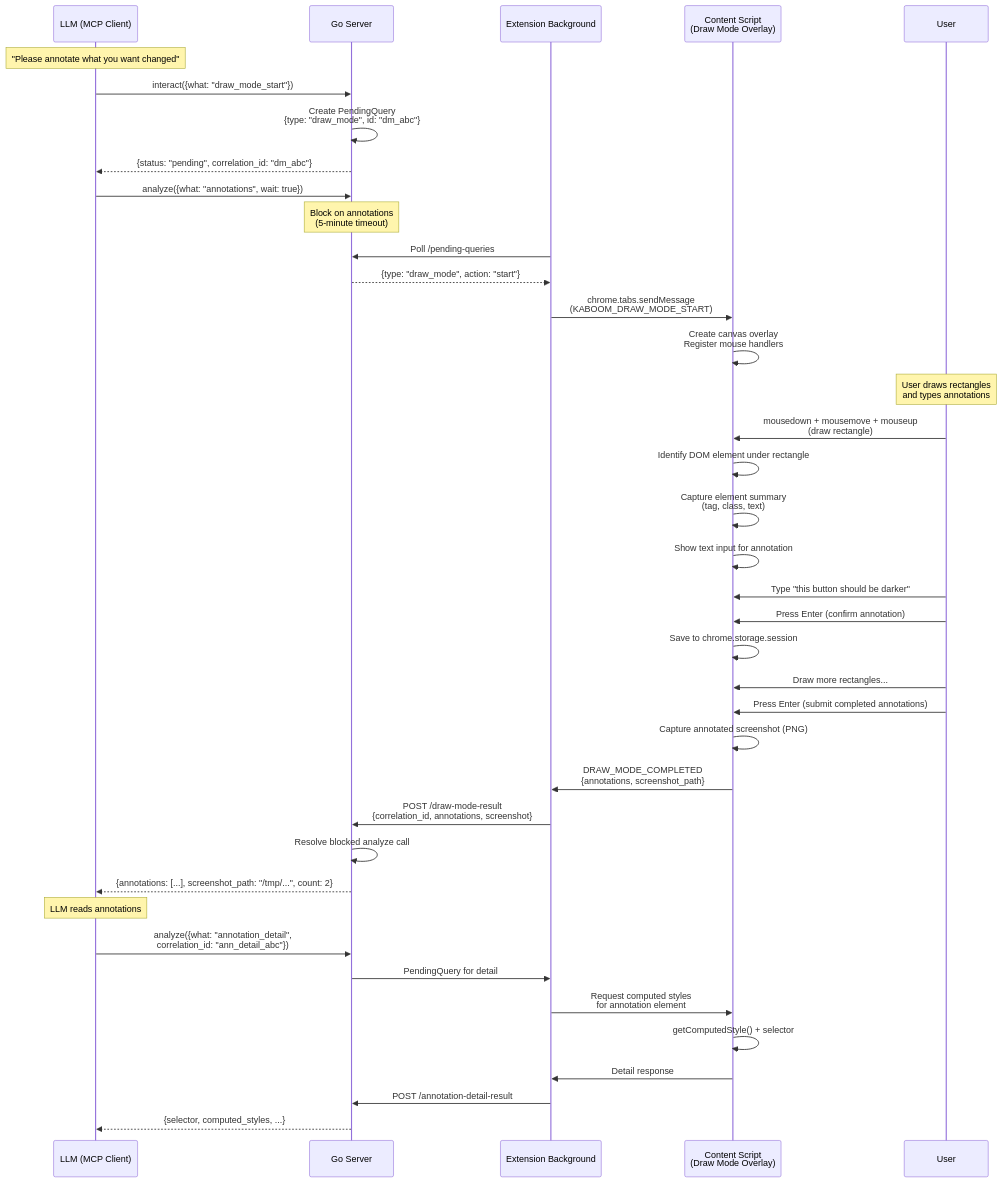
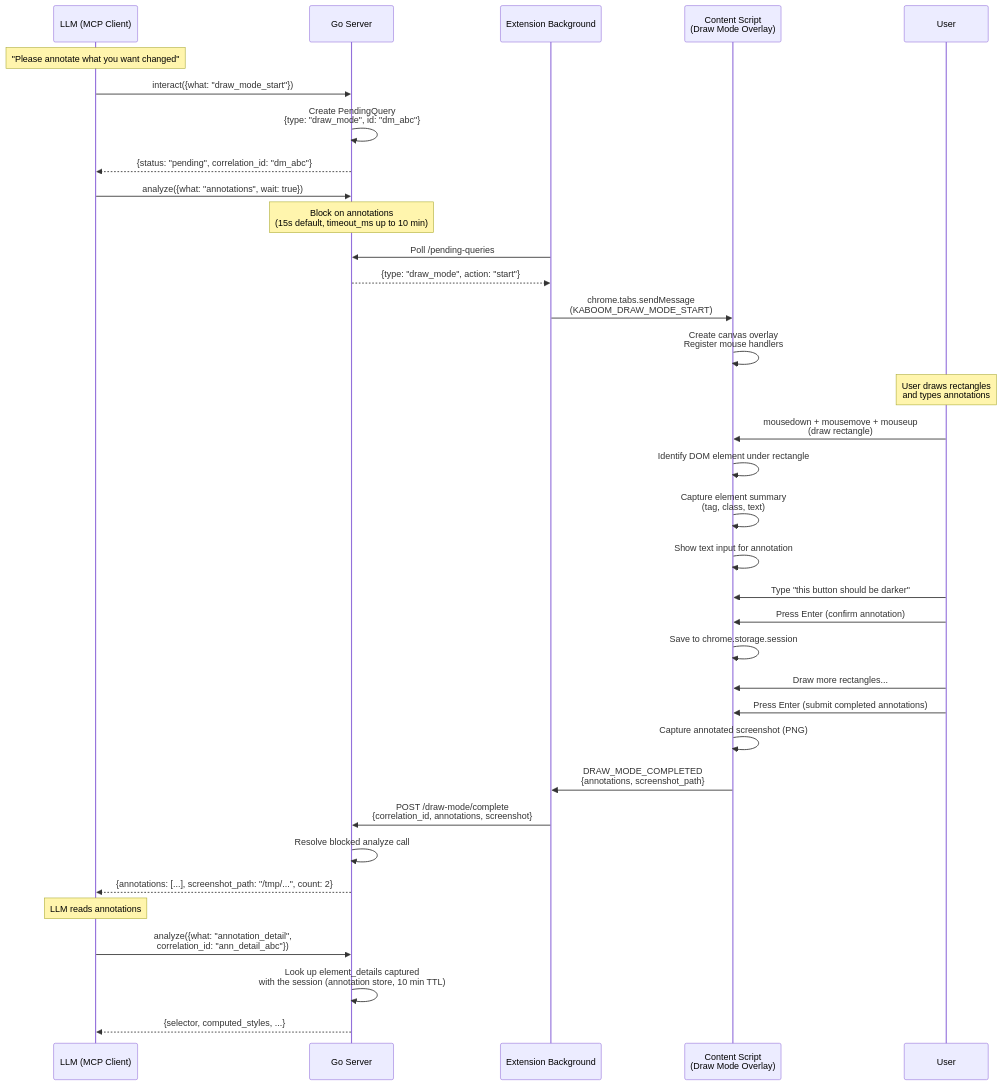
The first of 3 diagrams in docs/features/draw-mode/tech-spec.md (brennhill/Kaboom-Browser-AI-Devtools-MCP), drawn with Mermaid before and after one commit. The commit also changed other lines of this file and 69 other files, not shown here.

````diff
--- a/docs/features/draw-mode/tech-spec.md
+++ b/docs/features/draw-mode/tech-spec.md
@@ -50,53 +50,49 @@
 ```mermaid
 sequenceDiagram
     participant LLM as LLM (MCP Client)
     participant Server as Go Server
     participant BG as Extension Background
     participant CS as Content Script<br/>(Draw Mode Overlay)
     participant User as User
 
     Note over LLM: "Please annotate what you want changed"
 
     LLM->>Server: interact({what: "draw_mode_start"})
     Server->>Server: Create PendingQuery<br/>{type: "draw_mode", id: "dm_abc"}
     Server-->>LLM: {status: "pending", correlation_id: "dm_abc"}
 
     LLM->>Server: analyze({what: "annotations", wait: true})
-    Note over Server: Block on annotations<br/>(5-minute timeout)
+    Note over Server: Block on annotations<br/>(15s default, timeout_ms up to 10 min)
 
     BG->>Server: Poll /pending-queries
     Server-->>BG: {type: "draw_mode", action: "start"}
     BG->>CS: chrome.tabs.sendMessage<br/>(KABOOM_DRAW_MODE_START)
     CS->>CS: Create canvas overlay<br/>Register mouse handlers
 
     Note over User: User draws rectangles<br/>and types annotations
 
     User->>CS: mousedown + mousemove + mouseup<br/>(draw rectangle)
     CS->>CS: Identify DOM element under rectangle
     CS->>CS: Capture element summary<br/>(tag, class, text)
     CS->>CS: Show text input for annotation
 
     User->>CS: Type "this button should be darker"
     User->>CS: Press Enter (confirm annotation)
     CS->>CS: Save to chrome.storage.session
 
     User->>CS: Draw more rectangles...
 
     User->>CS: Press Enter (submit completed annotations)
     CS->>CS: Capture annotated screenshot (PNG)
     CS->>BG: DRAW_MODE_COMPLETED<br/>{annotations, screenshot_path}
-    BG->>Server: POST /draw-mode-result<br/>{correlation_id, annotations, screenshot}
+    BG->>Server: POST /draw-mode/complete<br/>{correlation_id, annotations, screenshot}
 
     Server->>Server: Resolve blocked analyze call
     Server-->>LLM: {annotations: [...], screenshot_path: "/tmp/...", count: 2}
 
     Note over LLM: LLM reads annotations
 
     LLM->>Server: analyze({what: "annotation_detail",<br/>correlation_id: "ann_detail_abc"})
-    Server->>BG: PendingQuery for detail
-    BG->>CS: Request computed styles<br/>for annotation element
-    CS->>CS: getComputedStyle() + selector
-    CS->>BG: Detail response
-    BG->>Server: POST /annotation-detail-result
+    Server->>Server: Look up element_details captured<br/>with the session (annotation store, 10 min TTL)
     Server-->>LLM: {selector, computed_styles, ...}
 ```
````
